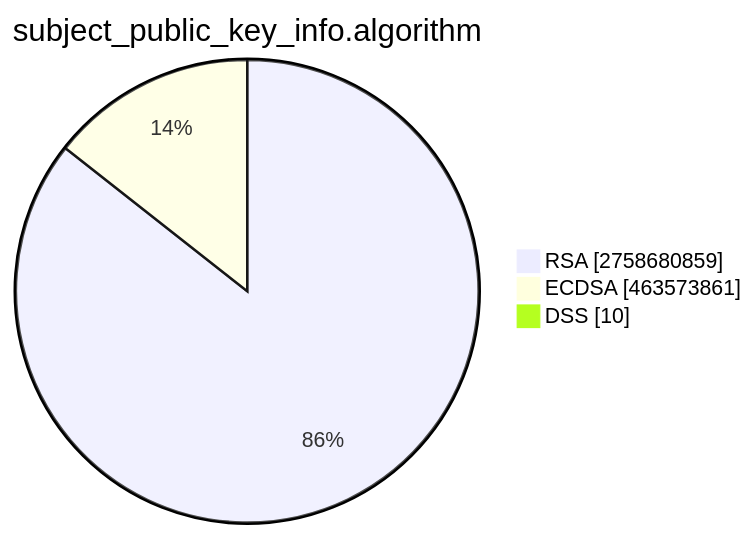
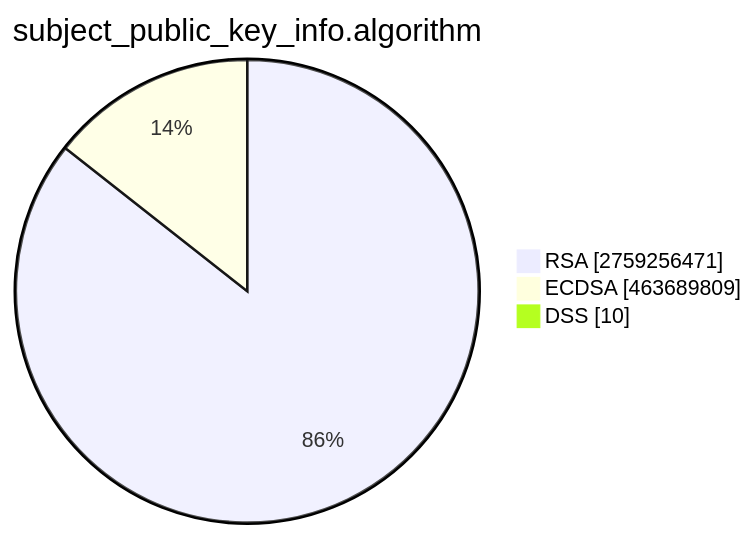
One commit to christiankrug/ctmonitor_visualization changed the second of 15 diagrams in TOTAL/README.md. Above: the diagram before and after it, drawn with Mermaid. The commit also changed other lines of this file, not shown here.

````diff
--- a/TOTAL/README.md
+++ b/TOTAL/README.md
@@ -6,7 +6,7 @@
 ```mermaid
 pie showData
 title subject_public_key_info.algorithm
-"RSA" :2758680859
-"ECDSA" :463573861
+"RSA" :2759256471
+"ECDSA" :463689809
 "DSS" :10
 ```
````
